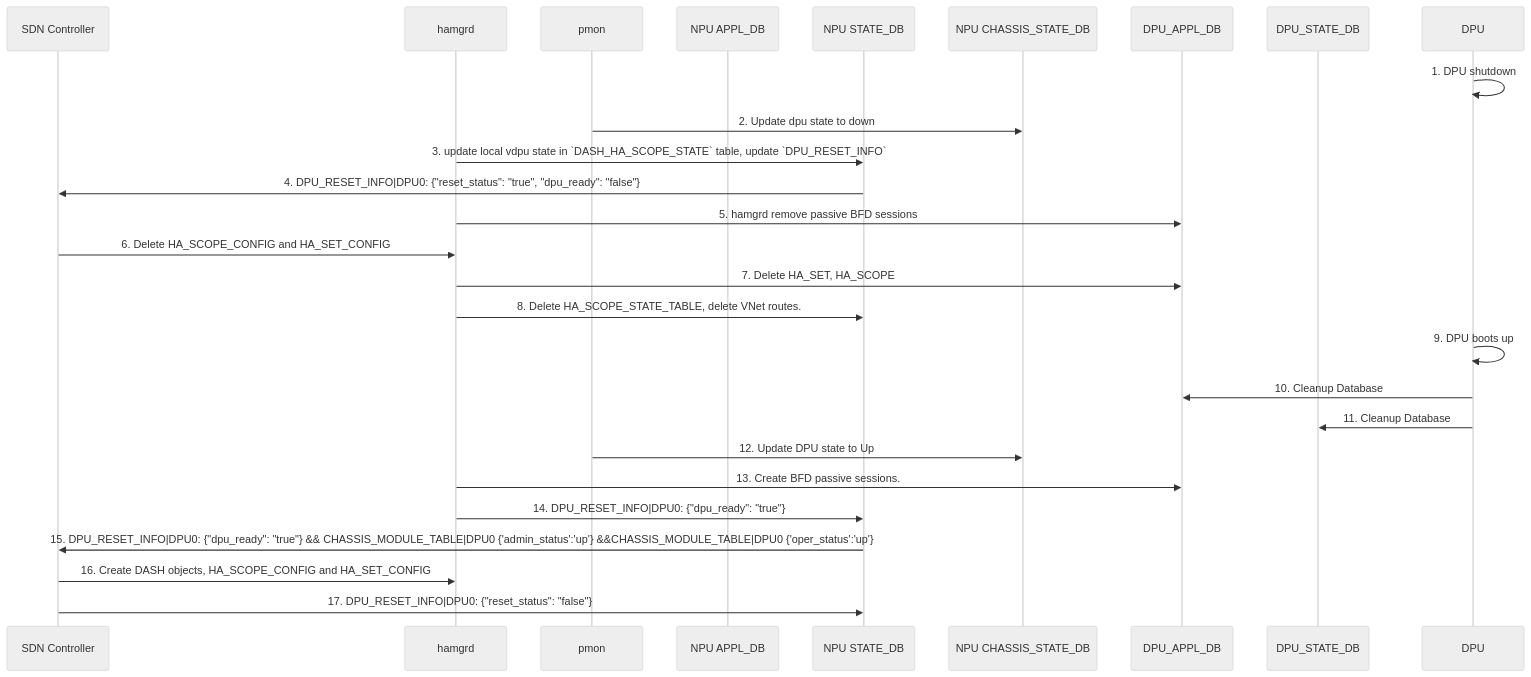
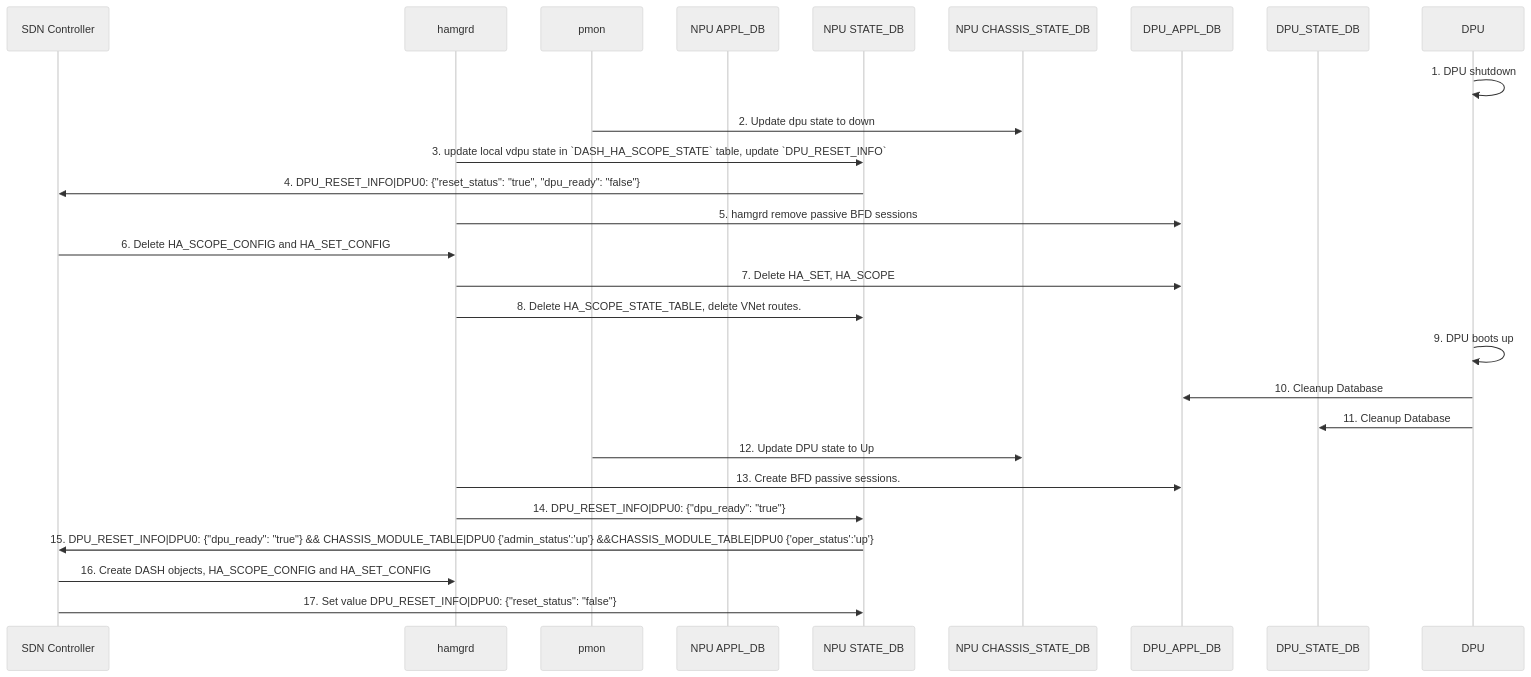
Before and after one commit to sonic-net/SONiC: the diagram in doc/smart-switch/high-availability/dpu_reboot.md, drawn with Mermaid (neutral theme). The commit also changed other lines of this file, not shown here.

````diff
--- a/doc/smart-switch/high-availability/dpu_reboot.md
+++ b/doc/smart-switch/high-availability/dpu_reboot.md
@@ -33,33 +34,33 @@
 ```mermaid
 sequenceDiagram
     participant SDN Controller
     participant hamgrd
     participant pmon
     participant NPU APPL_DB
     participant NPU STATE_DB
     participant NPU CHASSIS_STATE_DB
     participant DPU_APPL_DB
     participant DPU_STATE_DB
     participant DPU
 
     DPU->>DPU: 1. DPU shutdown
     pmon->>NPU CHASSIS_STATE_DB: 2. Update dpu state to down
     hamgrd->>NPU STATE_DB: 3. update local vdpu state in `DASH_HA_SCOPE_STATE` table, update `DPU_RESET_INFO`
     NPU STATE_DB->>SDN Controller: 4. DPU_RESET_INFO|DPU0: {"reset_status": "true", "dpu_ready": "false"}
     hamgrd->>DPU_APPL_DB: 5. hamgrd remove passive BFD sessions
     SDN Controller->>hamgrd: 6. Delete HA_SCOPE_CONFIG and HA_SET_CONFIG
     hamgrd->>DPU_APPL_DB: 7. Delete HA_SET, HA_SCOPE
     hamgrd->>NPU STATE_DB: 8. Delete HA_SCOPE_STATE_TABLE, delete VNet routes.
     DPU->>DPU: 9. DPU boots up 
     DPU->>DPU_APPL_DB: 10. Cleanup Database
     DPU->>DPU_STATE_DB: 11. Cleanup Database
     pmon->>NPU CHASSIS_STATE_DB: 12. Update DPU state to Up
     hamgrd->>DPU_APPL_DB: 13. Create BFD passive sessions. 
     hamgrd->>NPU STATE_DB: 14. DPU_RESET_INFO|DPU0: {"dpu_ready": "true"}
 
     NPU STATE_DB->>SDN Controller: 15. DPU_RESET_INFO|DPU0: {"dpu_ready": "true"} && CHASSIS_MODULE_TABLE|DPU0 {'admin_status':'up'} &&CHASSIS_MODULE_TABLE|DPU0 {'oper_status':'up'} 
 
 
     SDN Controller->>hamgrd: 16. Create DASH objects, HA_SCOPE_CONFIG and HA_SET_CONFIG 
-    SDN Controller->>NPU STATE_DB: 17. DPU_RESET_INFO|DPU0: {"reset_status": "false"}
+    SDN Controller->>NPU STATE_DB: 17. Set value DPU_RESET_INFO|DPU0: {"reset_status": "false"}
 ```
````
